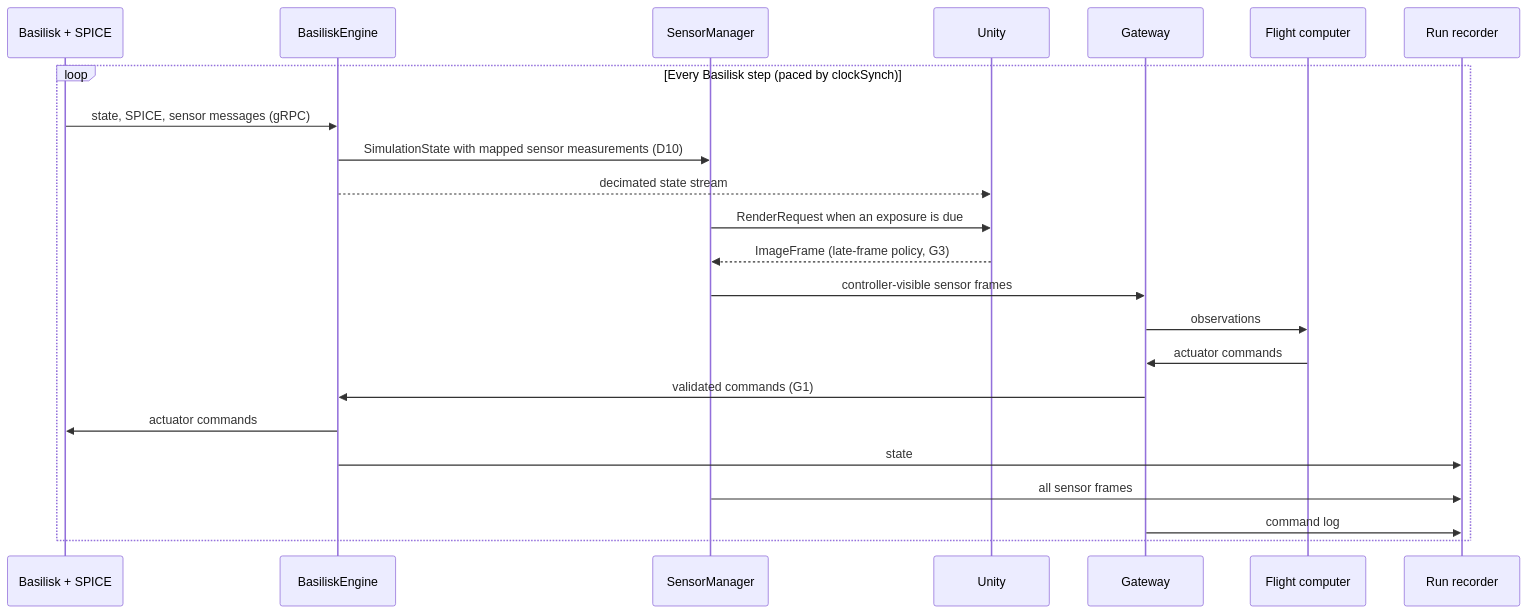
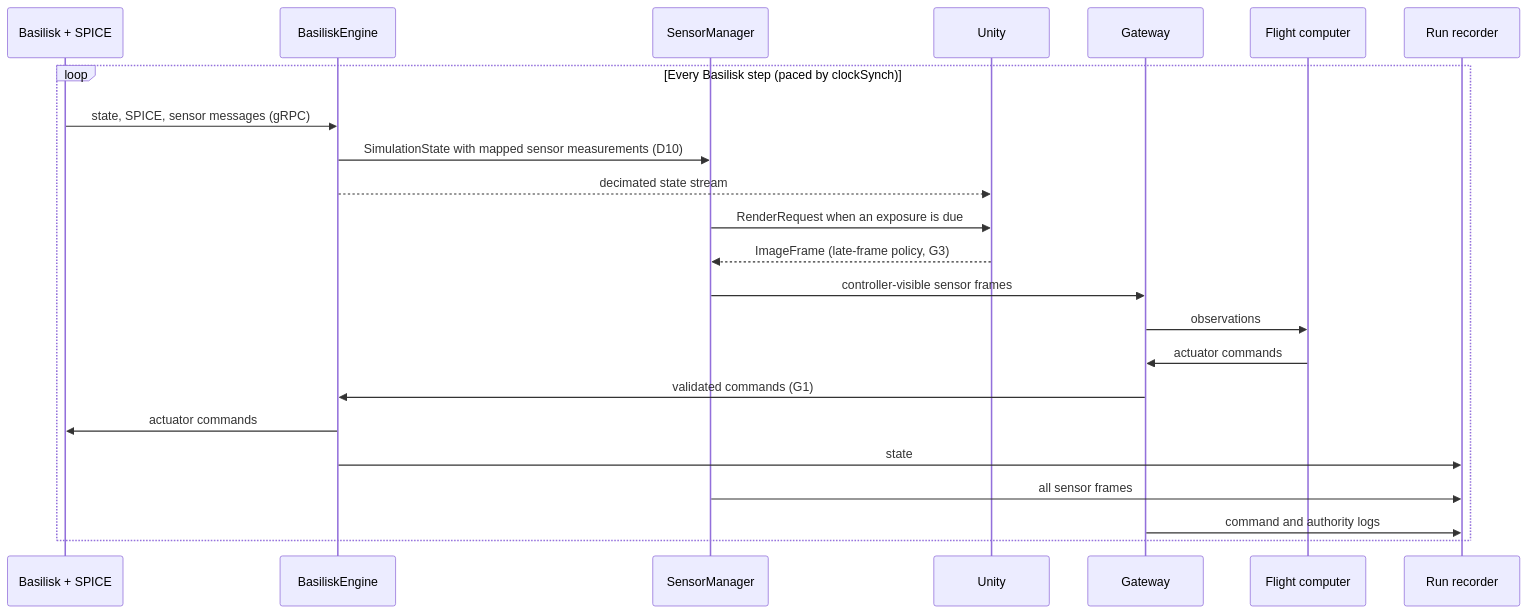
Before and after one commit to cmu-argus-2/argus_simulation: the second of 2 diagrams in docs/target-architecture.md, drawn with Mermaid. The commit also changed other lines of this file and 36 other files, not shown here.

````diff
--- a/docs/target-architecture.md
+++ b/docs/target-architecture.md
@@ -128,26 +128,26 @@
 ```mermaid
 sequenceDiagram
     participant B as Basilisk + SPICE
     participant E as BasiliskEngine
     participant S as SensorManager
     participant U as Unity
     participant G as Gateway
     participant F as Flight computer
     participant R as Run recorder
 
     loop Every Basilisk step (paced by clockSynch)
         B->>E: state, SPICE, sensor messages (gRPC)
         E->>S: SimulationState with mapped sensor measurements (D10)
         E-->>U: decimated state stream
         S->>U: RenderRequest when an exposure is due
         U-->>S: ImageFrame (late-frame policy, G3)
         S->>G: controller-visible sensor frames
         G->>F: observations
         F->>G: actuator commands
         G->>E: validated commands (G1)
         E->>B: actuator commands
         E->>R: state
         S->>R: all sensor frames
-        G->>R: command log
+        G->>R: command and authority logs
     end
 ```
````
